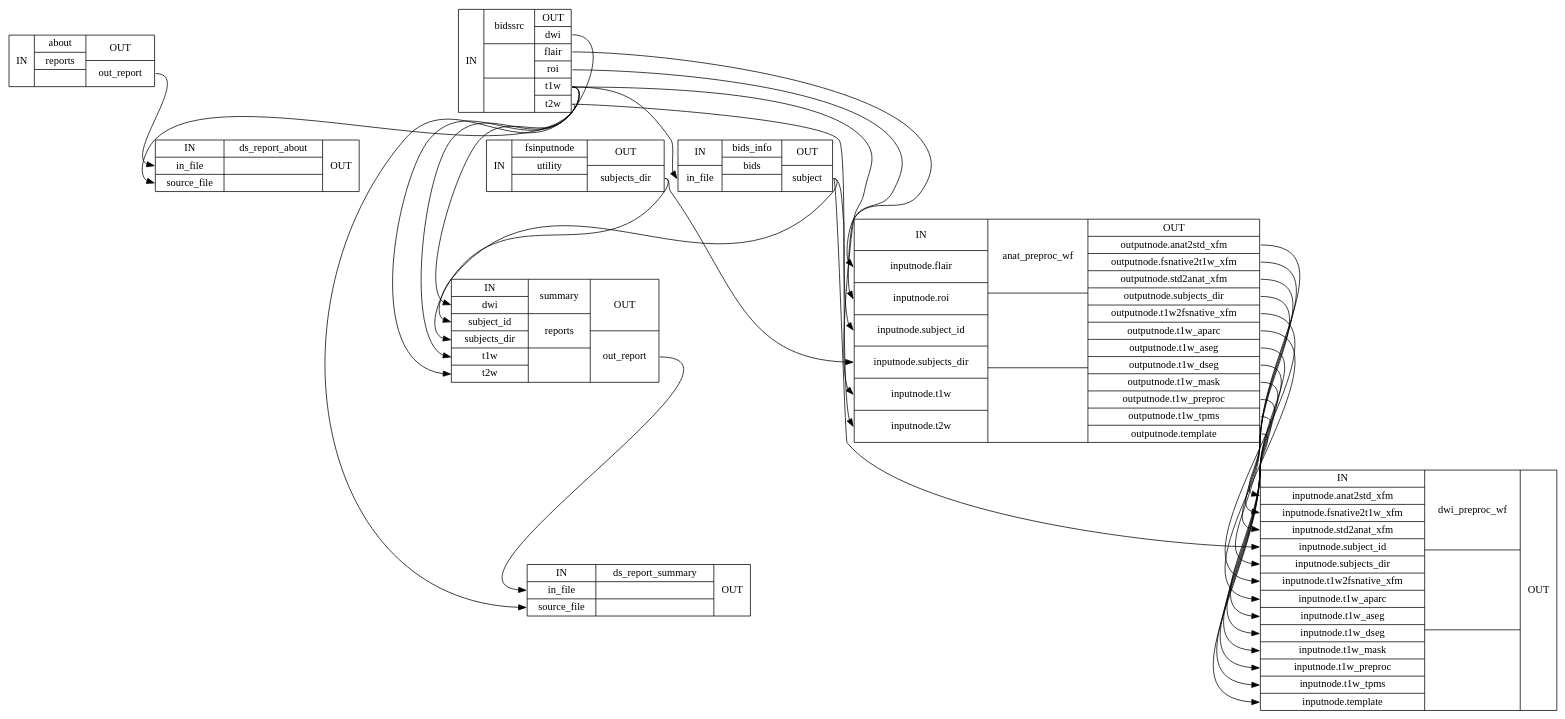
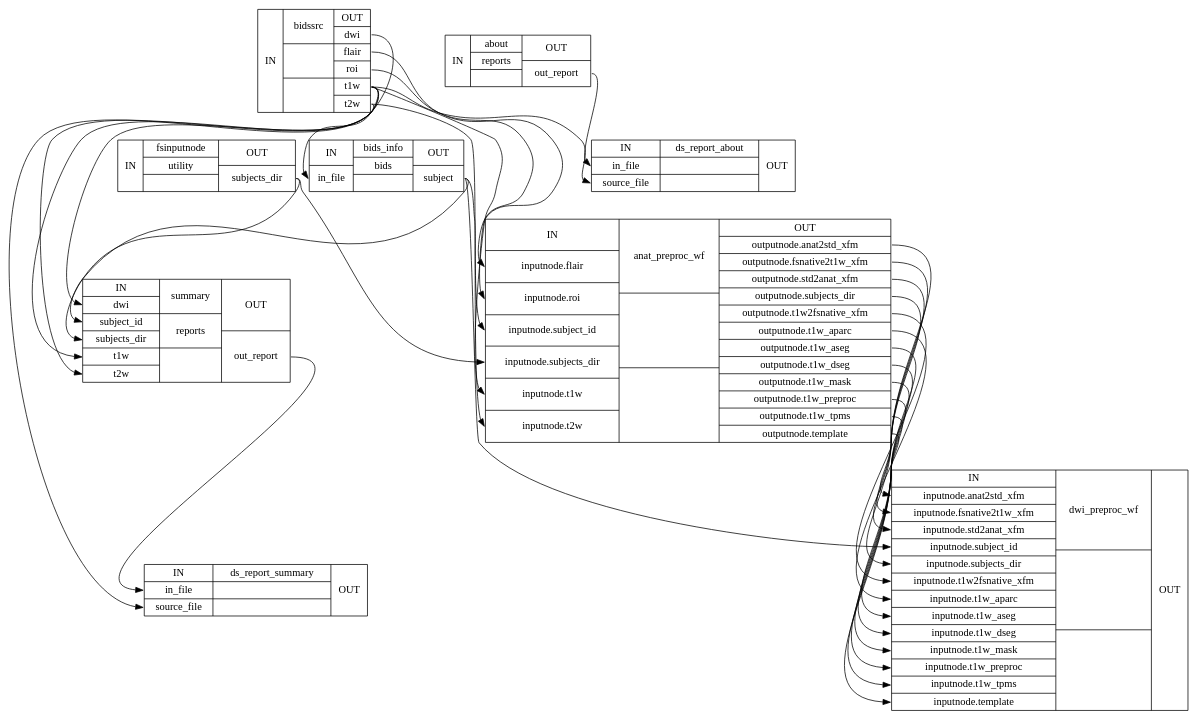
One commit to nipreps/dmriprep changed the diagram in 0.2.1/wf_directive/api/single_subject_THP0005_wf/dmriprep-workflows-base-2_detailed.dot. Above: the diagram before and after it, drawn with Graphviz. The commit also changed other lines of this file and 323 other files, not shown here.

```diff
--- a/0.2.1/wf_directive/api/single_subject_THP0005_wf/dmriprep-workflows-base-2_detailed.dot
+++ b/0.2.1/wf_directive/api/single_subject_THP0005_wf/dmriprep-workflows-base-2_detailed.dot
@@ -1,41 +1,41 @@
 digraph structs {
 node [shape=record];
+single_subject_THP0005_wffsinputnode [label="{IN}|{ fsinputnode | utility |  }|{OUT|<outsubjectsdir> subjects_dir}"];
+single_subject_THP0005_wfbidssrc [label="{IN}|{ bidssrc |  |  }|{OUT|<outdwi> dwi|<outflair> flair|<outroi> roi|<outt1w> t1w|<outt2w> t2w}"];
 single_subject_THP0005_wfabout [label="{IN}|{ about | reports |  }|{OUT|<outoutreport> out_report}"];
-single_subject_THP0005_wfbidssrc [label="{IN}|{ bidssrc |  |  }|{OUT|<outdwi> dwi|<outflair> flair|<outroi> roi|<outt1w> t1w|<outt2w> t2w}"];
+single_subject_THP0005_wfbids_info [label="{IN|<ininfile> in_file}|{ bids_info | bids |  }|{OUT|<outsubject> subject}"];
 single_subject_THP0005_wfds_report_about [label="{IN|<ininfile> in_file|<insourcefile> source_file}|{ ds_report_about |  |  }|{OUT}"];
-single_subject_THP0005_wfbids_info [label="{IN|<ininfile> in_file}|{ bids_info | bids |  }|{OUT|<outsubject> subject}"];
-single_subject_THP0005_wffsinputnode [label="{IN}|{ fsinputnode | utility |  }|{OUT|<outsubjectsdir> subjects_dir}"];
 single_subject_THP0005_wfsummary [label="{IN|<indwi> dwi|<insubjectid> subject_id|<insubjectsdir> subjects_dir|<int1w> t1w|<int2w> t2w}|{ summary | reports |  }|{OUT|<outoutreport> out_report}"];
+single_subject_THP0005_wfanat_preproc_wf [label="{IN|<ininputnodeflair> inputnode.flair|<ininputnoderoi> inputnode.roi|<ininputnodesubjectid> inputnode.subject_id|<ininputnodesubjectsdir> inputnode.subjects_dir|<ininputnodet1w> inputnode.t1w|<ininputnodet2w> inputnode.t2w}|{ anat_preproc_wf |  |  }|{OUT|<outoutputnodeanat2stdxfm> outputnode.anat2std_xfm|<outoutputnodefsnative2t1wxfm> outputnode.fsnative2t1w_xfm|<outoutputnodestd2anatxfm> outputnode.std2anat_xfm|<outoutputnodesubjectsdir> outputnode.subjects_dir|<outoutputnodet1w2fsnativexfm> outputnode.t1w2fsnative_xfm|<outoutputnodet1waparc> outputnode.t1w_aparc|<outoutputnodet1waseg> outputnode.t1w_aseg|<outoutputnodet1wdseg> outputnode.t1w_dseg|<outoutputnodet1wmask> outputnode.t1w_mask|<outoutputnodet1wpreproc> outputnode.t1w_preproc|<outoutputnodet1wtpms> outputnode.t1w_tpms|<outoutputnodetemplate> outputnode.template}"];
 single_subject_THP0005_wfds_report_summary [label="{IN|<ininfile> in_file|<insourcefile> source_file}|{ ds_report_summary |  |  }|{OUT}"];
-single_subject_THP0005_wfanat_preproc_wf [label="{IN|<ininputnodeflair> inputnode.flair|<ininputnoderoi> inputnode.roi|<ininputnodesubjectid> inputnode.subject_id|<ininputnodesubjectsdir> inputnode.subjects_dir|<ininputnodet1w> inputnode.t1w|<ininputnodet2w> inputnode.t2w}|{ anat_preproc_wf |  |  }|{OUT|<outoutputnodeanat2stdxfm> outputnode.anat2std_xfm|<outoutputnodefsnative2t1wxfm> outputnode.fsnative2t1w_xfm|<outoutputnodestd2anatxfm> outputnode.std2anat_xfm|<outoutputnodesubjectsdir> outputnode.subjects_dir|<outoutputnodet1w2fsnativexfm> outputnode.t1w2fsnative_xfm|<outoutputnodet1waparc> outputnode.t1w_aparc|<outoutputnodet1waseg> outputnode.t1w_aseg|<outoutputnodet1wdseg> outputnode.t1w_dseg|<outoutputnodet1wmask> outputnode.t1w_mask|<outoutputnodet1wpreproc> outputnode.t1w_preproc|<outoutputnodet1wtpms> outputnode.t1w_tpms|<outoutputnodetemplate> outputnode.template}"];
 single_subject_THP0005_wfdwi_preproc_wf [label="{IN|<ininputnodeanat2stdxfm> inputnode.anat2std_xfm|<ininputnodefsnative2t1wxfm> inputnode.fsnative2t1w_xfm|<ininputnodestd2anatxfm> inputnode.std2anat_xfm|<ininputnodesubjectid> inputnode.subject_id|<ininputnodesubjectsdir> inputnode.subjects_dir|<ininputnodet1w2fsnativexfm> inputnode.t1w2fsnative_xfm|<ininputnodet1waparc> inputnode.t1w_aparc|<ininputnodet1waseg> inputnode.t1w_aseg|<ininputnodet1wdseg> inputnode.t1w_dseg|<ininputnodet1wmask> inputnode.t1w_mask|<ininputnodet1wpreproc> inputnode.t1w_preproc|<ininputnodet1wtpms> inputnode.t1w_tpms|<ininputnodetemplate> inputnode.template}|{ dwi_preproc_wf |  |  }|{OUT}"];
 single_subject_THP0005_wfabout:outoutreport:e -> single_subject_THP0005_wfds_report_about:ininfile:w;
 single_subject_THP0005_wfanat_preproc_wf:outoutputnodeanat2stdxfm:e -> single_subject_THP0005_wfdwi_preproc_wf:ininputnodeanat2stdxfm:w;
 single_subject_THP0005_wfanat_preproc_wf:outoutputnodefsnative2t1wxfm:e -> single_subject_THP0005_wfdwi_preproc_wf:ininputnodefsnative2t1wxfm:w;
 single_subject_THP0005_wfanat_preproc_wf:outoutputnodestd2anatxfm:e -> single_subject_THP0005_wfdwi_preproc_wf:ininputnodestd2anatxfm:w;
 single_subject_THP0005_wfanat_preproc_wf:outoutputnodesubjectsdir:e -> single_subject_THP0005_wfdwi_preproc_wf:ininputnodesubjectsdir:w;
 single_subject_THP0005_wfanat_preproc_wf:outoutputnodet1w2fsnativexfm:e -> single_subject_THP0005_wfdwi_preproc_wf:ininputnodet1w2fsnativexfm:w;
 single_subject_THP0005_wfanat_preproc_wf:outoutputnodet1waparc:e -> single_subject_THP0005_wfdwi_preproc_wf:ininputnodet1waparc:w;
 single_subject_THP0005_wfanat_preproc_wf:outoutputnodet1waseg:e -> single_subject_THP0005_wfdwi_preproc_wf:ininputnodet1waseg:w;
 single_subject_THP0005_wfanat_preproc_wf:outoutputnodet1wdseg:e -> single_subject_THP0005_wfdwi_preproc_wf:ininputnodet1wdseg:w;
 single_subject_THP0005_wfanat_preproc_wf:outoutputnodet1wmask:e -> single_subject_THP0005_wfdwi_preproc_wf:ininputnodet1wmask:w;
 single_subject_THP0005_wfanat_preproc_wf:outoutputnodet1wpreproc:e -> single_subject_THP0005_wfdwi_preproc_wf:ininputnodet1wpreproc:w;
 single_subject_THP0005_wfanat_preproc_wf:outoutputnodet1wtpms:e -> single_subject_THP0005_wfdwi_preproc_wf:ininputnodet1wtpms:w;
 single_subject_THP0005_wfanat_preproc_wf:outoutputnodetemplate:e -> single_subject_THP0005_wfdwi_preproc_wf:ininputnodetemplate:w;
 single_subject_THP0005_wfbids_info:outsubject:e -> single_subject_THP0005_wfanat_preproc_wf:ininputnodesubjectid:w;
 single_subject_THP0005_wfbids_info:outsubject:e -> single_subject_THP0005_wfdwi_preproc_wf:ininputnodesubjectid:w;
 single_subject_THP0005_wfbids_info:outsubject:e -> single_subject_THP0005_wfsummary:insubjectid:w;
 single_subject_THP0005_wfbidssrc:outdwi:e -> single_subject_THP0005_wfsummary:indwi:w;
 single_subject_THP0005_wfbidssrc:outflair:e -> single_subject_THP0005_wfanat_preproc_wf:ininputnodeflair:w;
 single_subject_THP0005_wfbidssrc:outroi:e -> single_subject_THP0005_wfanat_preproc_wf:ininputnoderoi:w;
 single_subject_THP0005_wfbidssrc:outt1w:e -> single_subject_THP0005_wfanat_preproc_wf:ininputnodet1w:w;
 single_subject_THP0005_wfbidssrc:outt1w:e -> single_subject_THP0005_wfbids_info:ininfile:w;
 single_subject_THP0005_wfbidssrc:outt1w:e -> single_subject_THP0005_wfds_report_about:insourcefile:w;
 single_subject_THP0005_wfbidssrc:outt1w:e -> single_subject_THP0005_wfds_report_summary:insourcefile:w;
 single_subject_THP0005_wfbidssrc:outt1w:e -> single_subject_THP0005_wfsummary:int1w:w;
 single_subject_THP0005_wfbidssrc:outt2w:e -> single_subject_THP0005_wfanat_preproc_wf:ininputnodet2w:w;
 single_subject_THP0005_wfbidssrc:outt2w:e -> single_subject_THP0005_wfsummary:int2w:w;
 single_subject_THP0005_wffsinputnode:outsubjectsdir:e -> single_subject_THP0005_wfanat_preproc_wf:ininputnodesubjectsdir:w;
 single_subject_THP0005_wffsinputnode:outsubjectsdir:e -> single_subject_THP0005_wfsummary:insubjectsdir:w;
 single_subject_THP0005_wfsummary:outoutreport:e -> single_subject_THP0005_wfds_report_summary:ininfile:w;
 }
```
